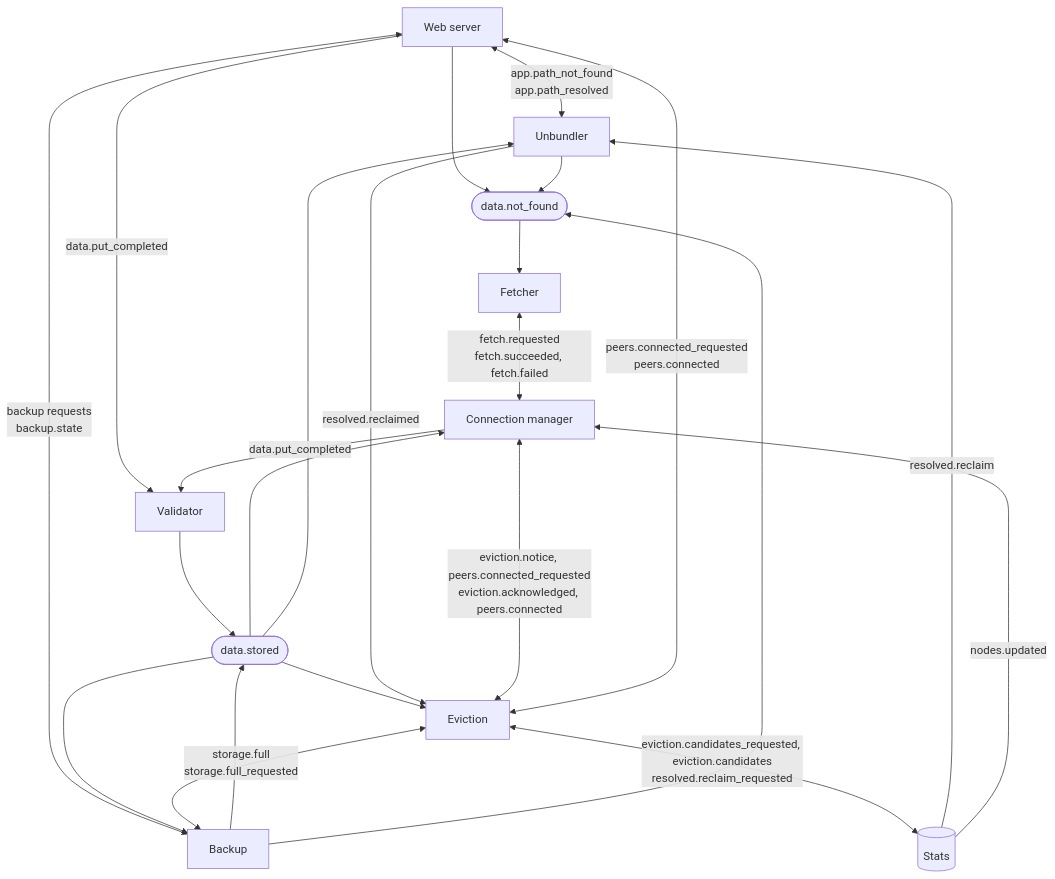
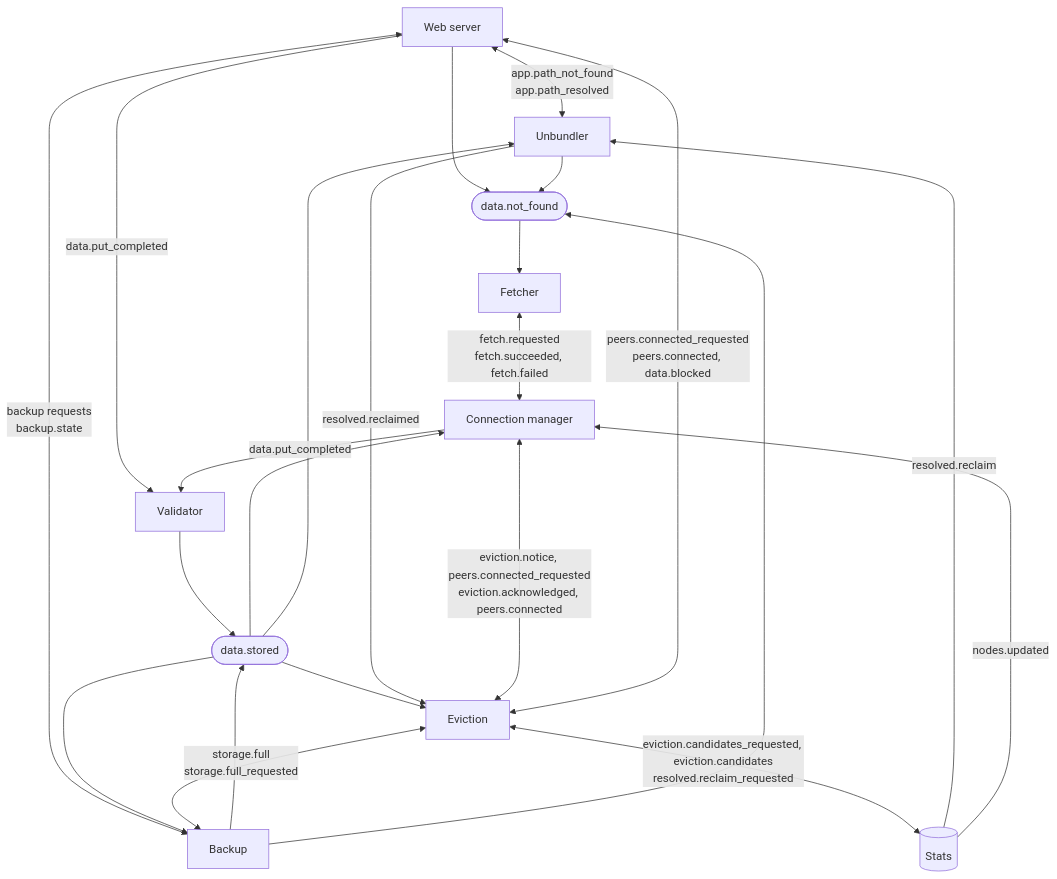
Before and after one commit to marcpage/libranet: the eighth of 13 diagrams in docs/implementation/Module System.md, drawn with Mermaid. The commit also changed other lines of this file and 34 other files, not shown here.

````diff
--- a/docs/implementation/Module System.md
+++ b/docs/implementation/Module System.md
@@ -948,36 +963,36 @@
 ```mermaid
 flowchart TB
     web["Web server"]
     unb["Unbundler"]
     backup["Backup"]
     val["Validator"]
     fetch["Fetcher"]
     conn["Connection manager"]
     evict["Eviction"]
     stats[("Stats")]
     stored(["data.stored"])
     missing(["data.not_found"])
 
     web <-->|"app.path_not_found<br/>app.path_resolved"| unb
     web <-->|"backup requests<br/>backup.state"| backup
     web -->|"data.put_completed"| val
     conn -->|"data.put_completed"| val
     val --> stored
     backup --> stored
     stored --> conn
     stored --> evict
     stored --> backup
     stored --> unb
     web --> missing
     unb --> missing
     backup --> missing
     missing --> fetch
     fetch <-->|"fetch.requested<br/>fetch.succeeded, fetch.failed"| conn
     evict <-->|"eviction.notice, peers.connected_requested<br/>eviction.acknowledged, peers.connected"| conn
-    evict <-->|"peers.connected_requested<br/>peers.connected"| web
+    evict <-->|"peers.connected_requested<br/>peers.connected, data.blocked"| web
     evict <-->|"storage.full<br/>storage.full_requested"| backup
     evict <-->|"eviction.candidates_requested, eviction.candidates<br/>resolved.reclaim_requested"| stats
     stats -->|"resolved.reclaim"| unb
     unb -->|"resolved.reclaimed"| evict
     stats -->|"nodes.updated"| conn
 ```
````
